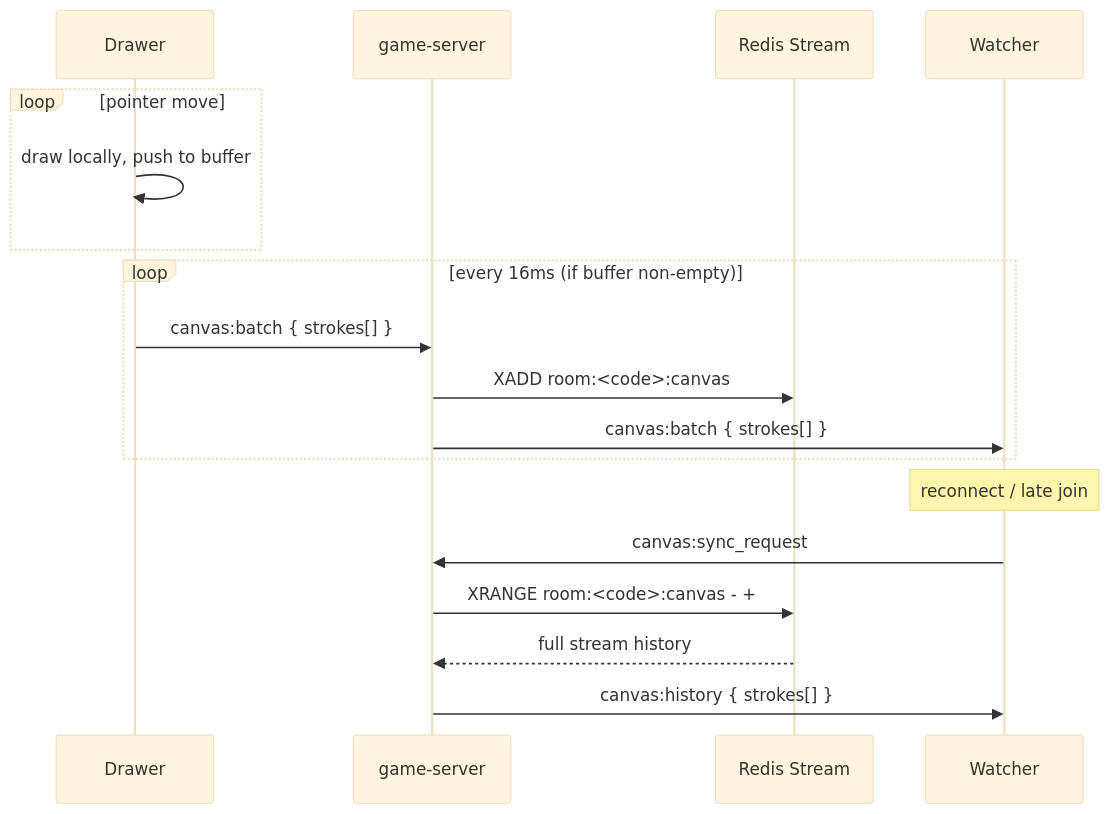
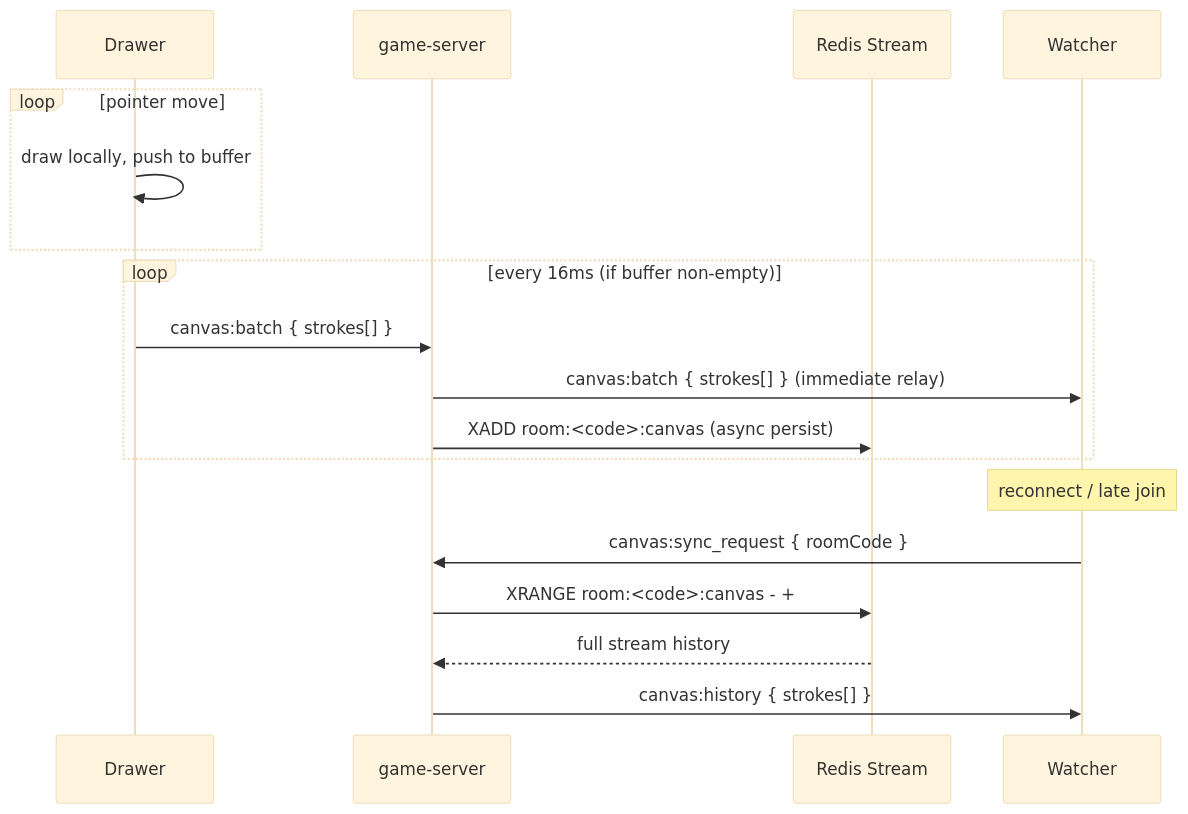
Before and after one commit to mirza-mohammad24/scribblitz: the fourth of 6 diagrams in README.md, drawn with Mermaid (base theme). The commit also changed other lines of this file and 2 other files, not shown here.

````diff
--- a/README.md
+++ b/README.md
@@ -81,22 +127,22 @@
 ```mermaid
 sequenceDiagram
   participant D as Drawer
   participant S as game-server
   participant R as Redis Stream
   participant W as Watcher
 
   loop pointer move
     D->>D: draw locally, push to buffer
   end
   loop every 16ms (if buffer non-empty)
     D->>S: canvas:batch { strokes[] }
-    S->>R: XADD room:<code>:canvas
-    S->>W: canvas:batch { strokes[] }
+    S->>W: canvas:batch { strokes[] } (immediate relay)
+    S->>R: XADD room:<code>:canvas (async persist)
   end
 
   Note over W: reconnect / late join
-  W->>S: canvas:sync_request
+  W->>S: canvas:sync_request { roomCode }
   S->>R: XRANGE room:<code>:canvas - +
   R-->>S: full stream history
   S->>W: canvas:history { strokes[] }
 ```
````
